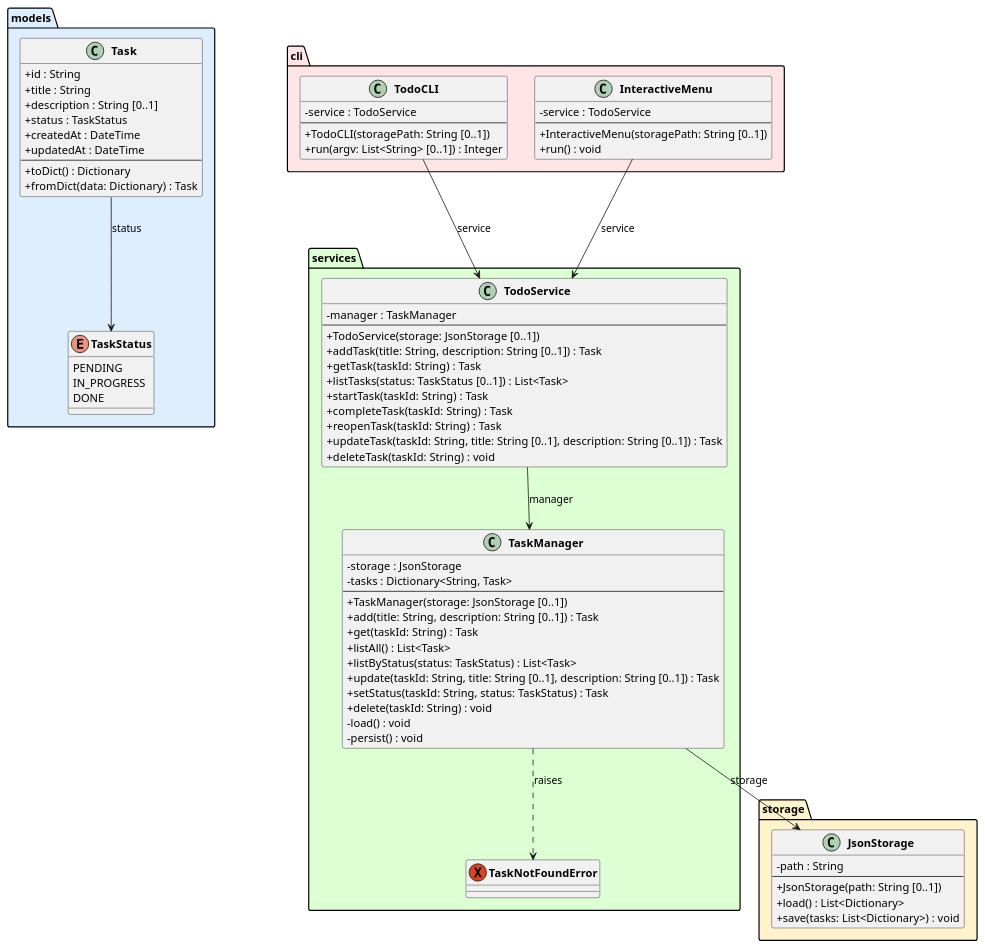
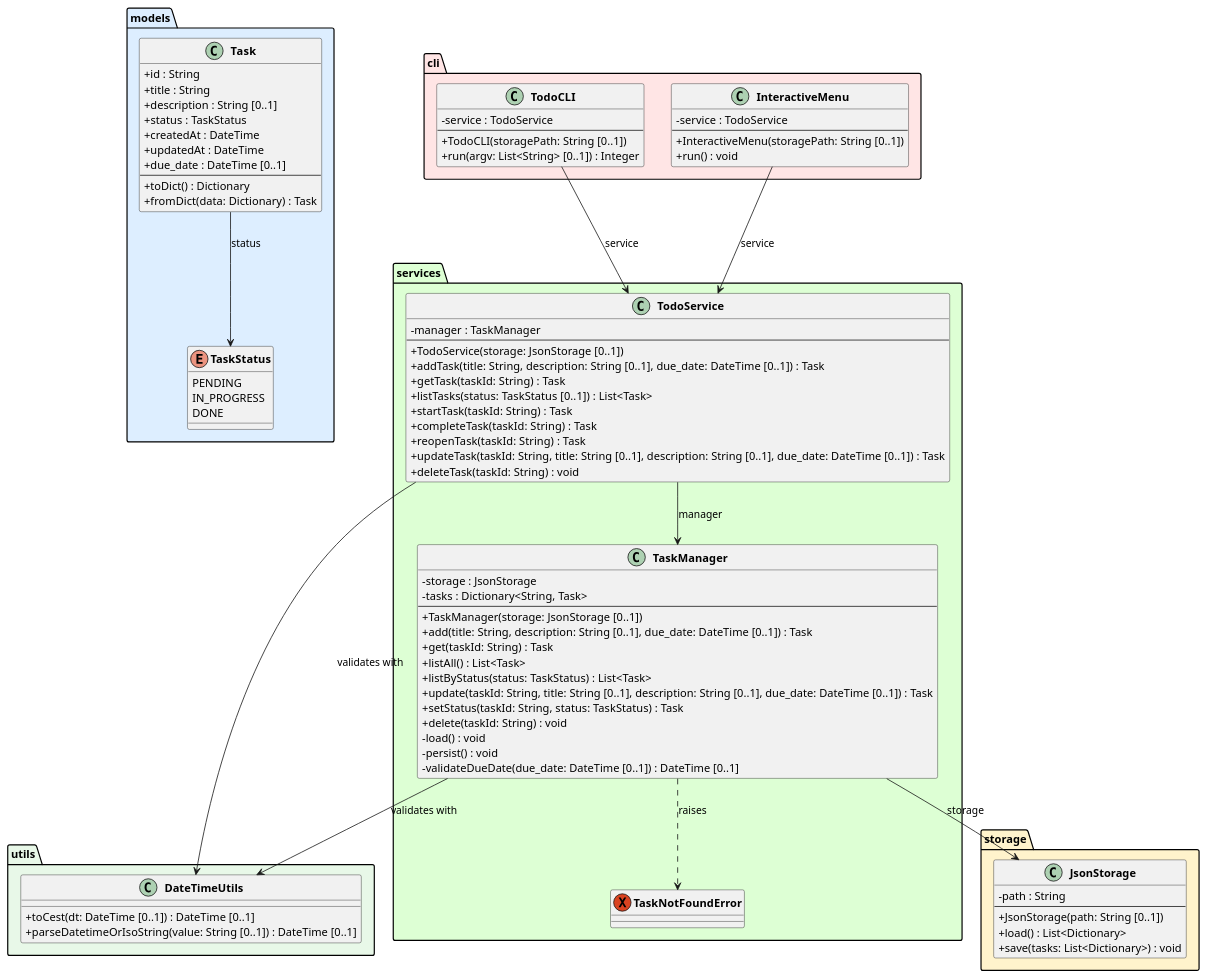
One commit to DanielRiha8906/Software_autoevolution_using_agents changed the diagram in experiments/supervisor_as_tools/user_stories/TODO/artifacts/class_diagram.puml. Above: the diagram before and after it, drawn with PlantUML. The commit also changed 15 other files, not shown here.

First line of the commit message:
task 01 | Add due date feature to TODO app

```diff
--- a/experiments/supervisor_as_tools/user_stories/TODO/artifacts/class_diagram.puml
+++ b/experiments/supervisor_as_tools/user_stories/TODO/artifacts/class_diagram.puml
@@ -1,93 +1,104 @@
 @startuml class_diagram
 
 skinparam classAttributeIconSize 0
 skinparam classFontStyle bold
 
 package "models" #DDEEFF {
     enum TaskStatus {
         PENDING
         IN_PROGRESS
         DONE
     }
 
     class Task {
         +id : String
         +title : String
         +description : String [0..1]
         +status : TaskStatus
         +createdAt : DateTime
         +updatedAt : DateTime
+        +due_date : DateTime [0..1]
         --
         +toDict() : Dictionary
         +fromDict(data: Dictionary) : Task
+    }
+}
+
+package "utils" #E8F8E8 {
+    class DateTimeUtils {
+        +toCest(dt: DateTime [0..1]) : DateTime [0..1]
+        +parseDatetimeOrIsoString(value: String [0..1]) : DateTime [0..1]
     }
 }
 
 package "storage" #FFF3CC {
     class JsonStorage {
         -path : String
         --
         +JsonStorage(path: String [0..1])
         +load() : List<Dictionary>
         +save(tasks: List<Dictionary>) : void
     }
 }
 
 package "services" #DDFFD4 {
     exception TaskNotFoundError
 
     class TaskManager {
         -storage : JsonStorage
         -tasks : Dictionary<String, Task>
         --
         +TaskManager(storage: JsonStorage [0..1])
-        +add(title: String, description: String [0..1]) : Task
+        +add(title: String, description: String [0..1], due_date: DateTime [0..1]) : Task
         +get(taskId: String) : Task
         +listAll() : List<Task>
         +listByStatus(status: TaskStatus) : List<Task>
-        +update(taskId: String, title: String [0..1], description: String [0..1]) : Task
+        +update(taskId: String, title: String [0..1], description: String [0..1], due_date: DateTime [0..1]) : Task
         +setStatus(taskId: String, status: TaskStatus) : Task
         +delete(taskId: String) : void
         -load() : void
         -persist() : void
+        -validateDueDate(due_date: DateTime [0..1]) : DateTime [0..1]
     }
 
     class TodoService {
         -manager : TaskManager
         --
         +TodoService(storage: JsonStorage [0..1])
-        +addTask(title: String, description: String [0..1]) : Task
+        +addTask(title: String, description: String [0..1], due_date: DateTime [0..1]) : Task
         +getTask(taskId: String) : Task
         +listTasks(status: TaskStatus [0..1]) : List<Task>
         +startTask(taskId: String) : Task
         +completeTask(taskId: String) : Task
         +reopenTask(taskId: String) : Task
-        +updateTask(taskId: String, title: String [0..1], description: String [0..1]) : Task
+        +updateTask(taskId: String, title: String [0..1], description: String [0..1], due_date: DateTime [0..1]) : Task
         +deleteTask(taskId: String) : void
     }
 }
 
 package "cli" #FFE5E5 {
     class TodoCLI {
         -service : TodoService
         --
         +TodoCLI(storagePath: String [0..1])
         +run(argv: List<String> [0..1]) : Integer
     }
 
     class InteractiveMenu {
         -service : TodoService
         --
         +InteractiveMenu(storagePath: String [0..1])
         +run() : void
     }
 }
 
 Task --> TaskStatus : status
 TaskManager --> JsonStorage : storage
 TaskManager ..> TaskNotFoundError : raises
+TaskManager --> DateTimeUtils : validates with
 TodoService --> TaskManager : manager
+TodoService --> DateTimeUtils : validates with
 TodoCLI --> TodoService : service
 InteractiveMenu --> TodoService : service
 
 @enduml
```
